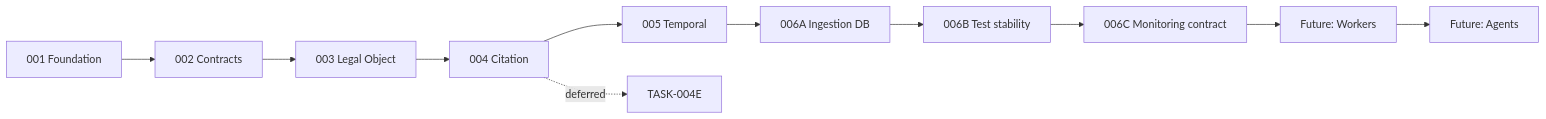
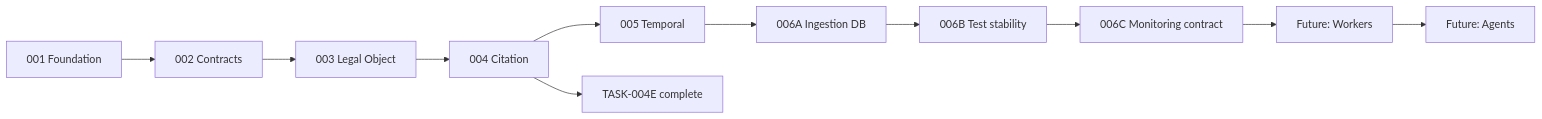
The diagram in IMPLEMENTATION_ROADMAP.md (4PDEV/tax-os-backend), drawn with Mermaid before and after one commit. The commit also changed other lines of this file and 15 other files, not shown here.

````diff
--- a/IMPLEMENTATION_ROADMAP.md
+++ b/IMPLEMENTATION_ROADMAP.md
@@ -151,13 +153,13 @@
 ```mermaid
 flowchart LR
   F[001 Foundation] --> E[002 Contracts]
   E --> L[003 Legal Object]
   L --> C[004 Citation]
   C --> T[005 Temporal]
   T --> I[006A Ingestion DB]
   I --> B[006B Test stability]
   B --> C6[006C Monitoring contract]
   C6 --> W[Future: Workers]
   W --> A[Future: Agents]
-  C -.->|deferred| E4[TASK-004E]
+  C --> E4[TASK-004E complete]
 ```
````
